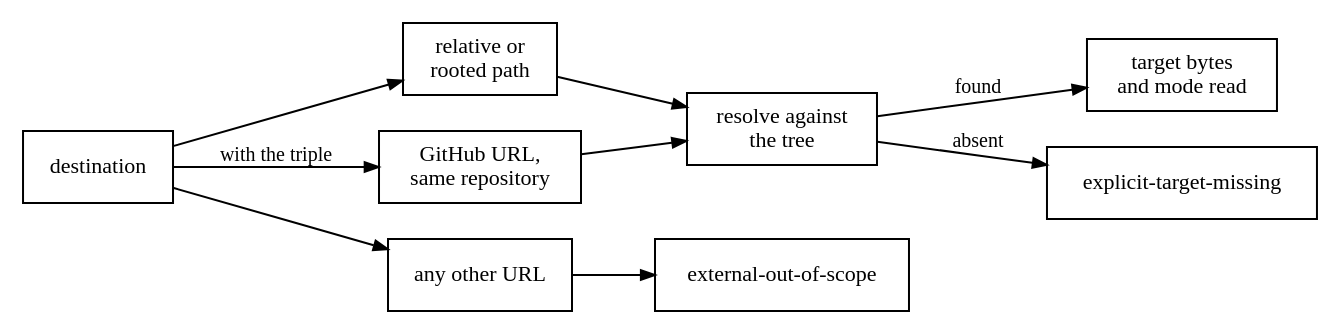
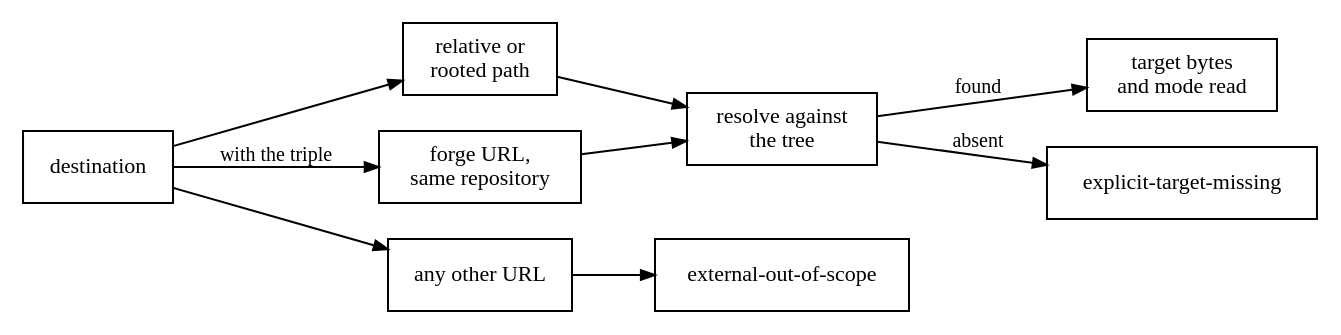
The diagram in docs/src/resolution.md (HardMax71/amiss), drawn with Graphviz before and after one commit. The commit also changed other lines of this file and 5 other files, not shown here.

````diff
--- a/docs/src/resolution.md
+++ b/docs/src/resolution.md
@@ -36,22 +50,22 @@
 ```dot process
 digraph resolve {
   rankdir = LR;
   node [shape = box, fontname = "Latin Modern, Georgia, serif", fontsize = 11];
   edge [fontname = "Latin Modern, Georgia, serif", fontsize = 10, arrowsize = 0.7];
   dest  [label = "destination"];
   rel   [label = "relative or
 rooted path"];
-  gh    [label = "GitHub URL,
+  gh    [label = "forge URL,
 same repository"];
   other [label = "any other URL"];
   tree  [label = "resolve against
 the tree"];
   ext   [label = "external-out-of-scope"];
   hit   [label = "target bytes
 and mode read"];
   miss  [label = "explicit-target-missing"];
   dest -> rel; dest -> gh [label = "with the triple"]; dest -> other;
   rel -> tree; gh -> tree; other -> ext;
   tree -> hit [label = "found"]; tree -> miss [label = "absent"];
 }
 ```
````
